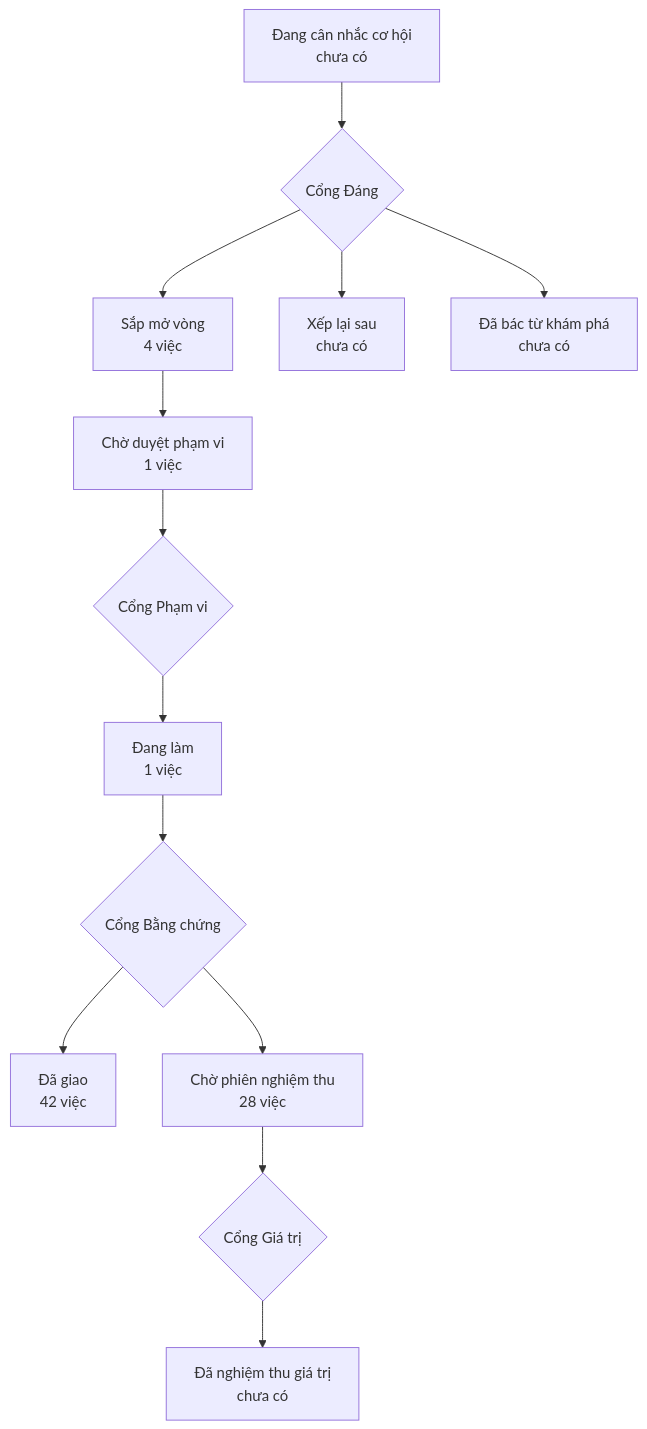
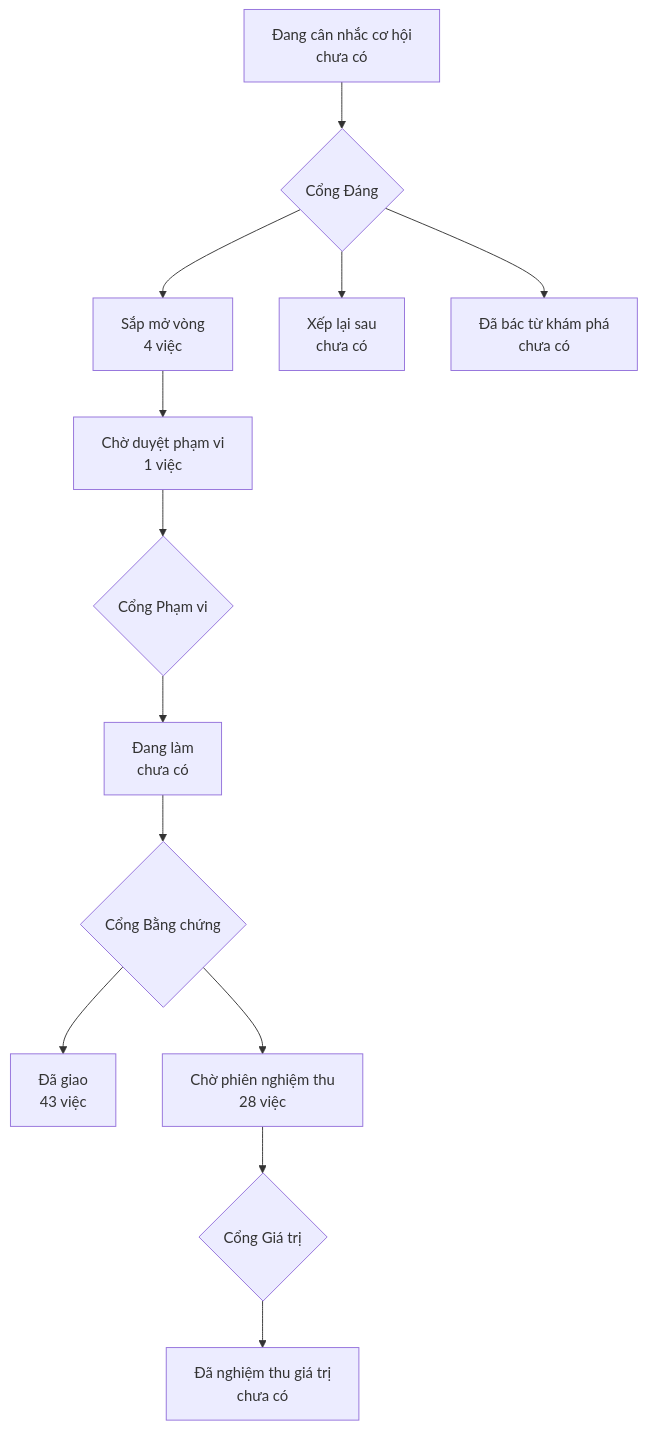
Before and after one commit to phanlemanh/onehub-invest: the diagram in PRODUCT-MAP.md, drawn with Mermaid. The commit also changed other lines of this file and 5 other files, not shown here.

Commit message:
test(acceptance): bằng chứng S4 vòng 1 test-scripts-sau-87-90 — PASS, xanh-sạch, làn V

````diff
--- a/PRODUCT-MAP.md
+++ b/PRODUCT-MAP.md
@@ -7,12 +7,12 @@
 ```mermaid
 flowchart TD
   A["Đang cân nhắc cơ hội<br/>chưa có"] --> GD{"Cổng Đáng"}
   GD --> B["Sắp mở vòng<br/>4 việc"]
   GD --> XL["Xếp lại sau<br/>chưa có"]
   GD --> DB["Đã bác từ khám phá<br/>chưa có"]
   B --> CD["Chờ duyệt phạm vi<br/>1 việc"] --> GP{"Cổng Phạm vi"}
-  GP --> DL["Đang làm<br/>1 việc"] --> GB{"Cổng Bằng chứng"}
-  GB --> DG["Đã giao<br/>42 việc"]
+  GP --> DL["Đang làm<br/>chưa có"] --> GB{"Cổng Bằng chứng"}
+  GB --> DG["Đã giao<br/>43 việc"]
   GB --> CN["Chờ phiên nghiệm thu<br/>28 việc"] --> GG{"Cổng Giá trị"}
   GG --> NT["Đã nghiệm thu giá trị<br/>chưa có"]
 ```
````
